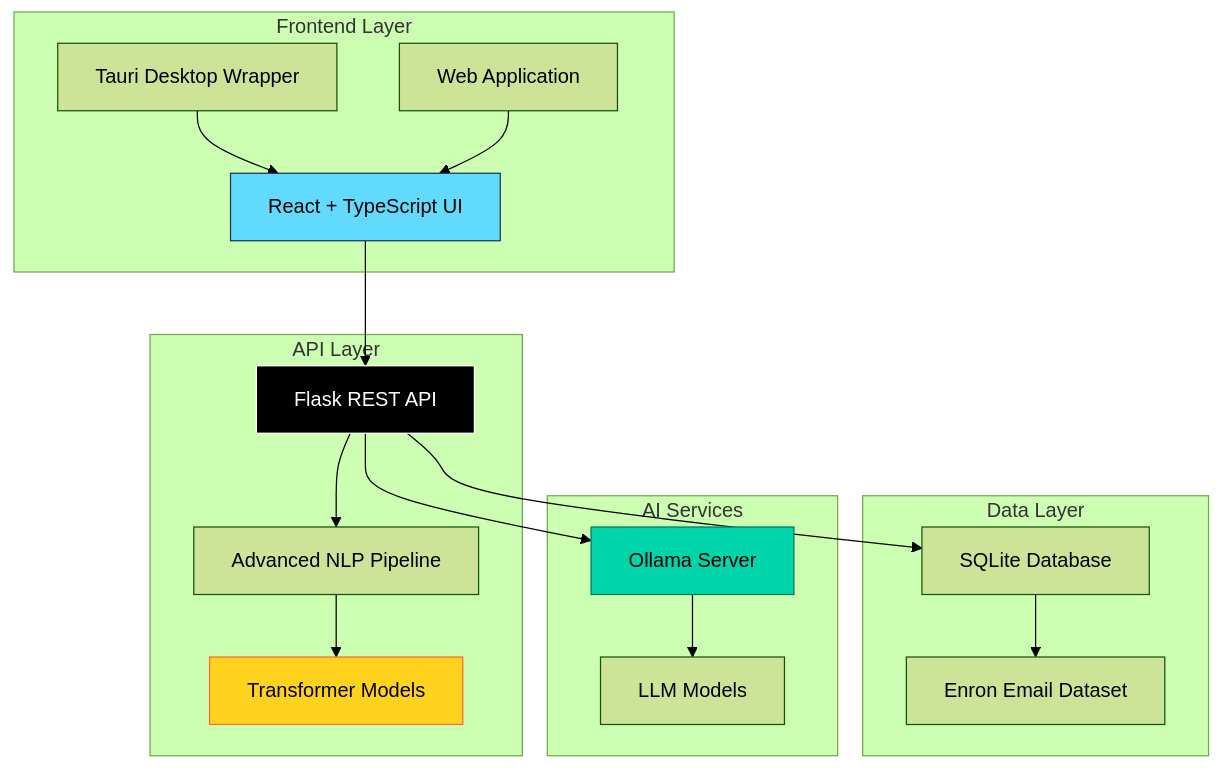
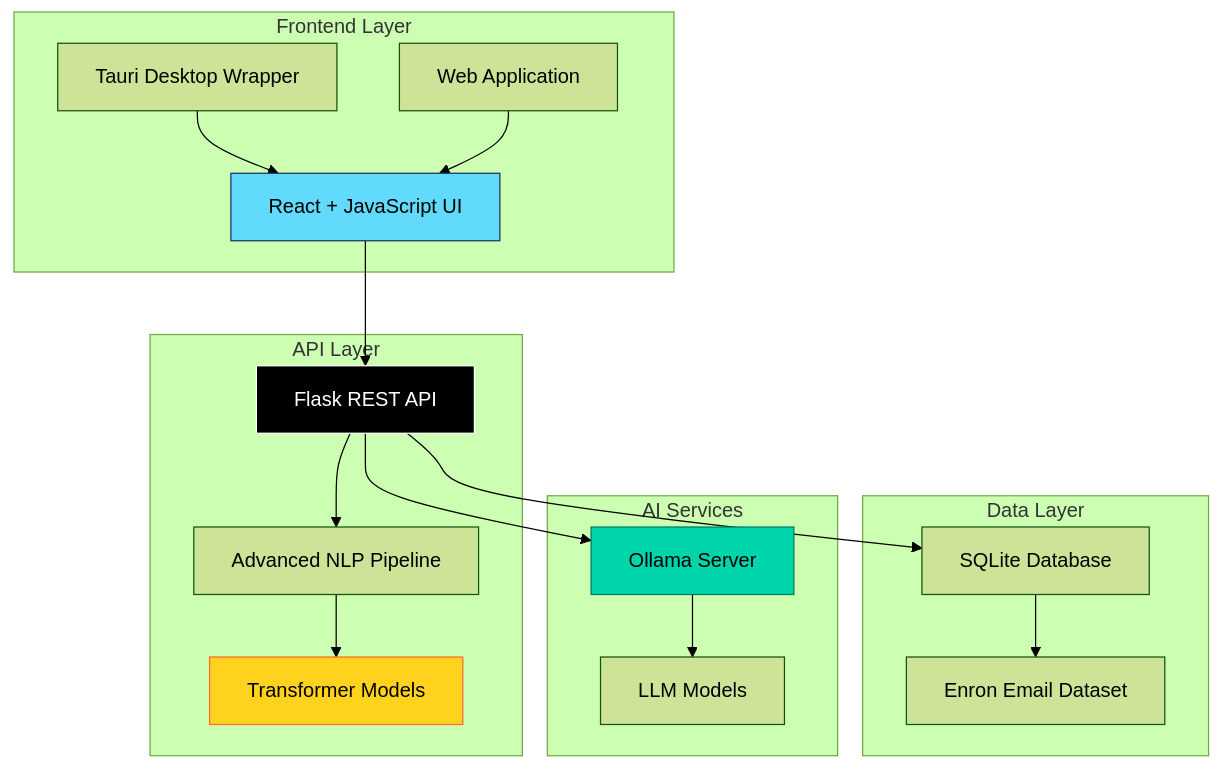
One commit to NoamFav/EnronBox changed the diagram in README.md. Above: the diagram before and after it, drawn with Mermaid (forest theme). The commit also changed other lines of this file, not shown here.

````diff
--- a/README.md
+++ b/README.md
@@ -241,39 +241,39 @@
 ```mermaid
 graph TB
     subgraph "Frontend Layer"
-        A[React + TypeScript UI]
+        A[React + JavaScript UI]
         B[Tauri Desktop Wrapper]
         C[Web Application]
     end
     
     subgraph "API Layer"
         D[Flask REST API]
         E[Advanced NLP Pipeline]
         F[Transformer Models]
     end
     
     subgraph "Data Layer"
         G[SQLite Database]
         H[Enron Email Dataset]
     end
     
     subgraph "AI Services"
         I[Ollama Server]
         J[LLM Models]
     end
     
     A --> D
     B --> A
     C --> A
     D --> E
     E --> F
     D --> G
     G --> H
     D --> I
     I --> J
     
     style A fill:#61DAFB,stroke:#21325B,color:#000
     style D fill:#000000,stroke:#FFFFFF,color:#fff  
     style F fill:#FFD21E,stroke:#FF6B35,color:#000
     style I fill:#00D4AA,stroke:#007A5E,color:#000
 ```
````
